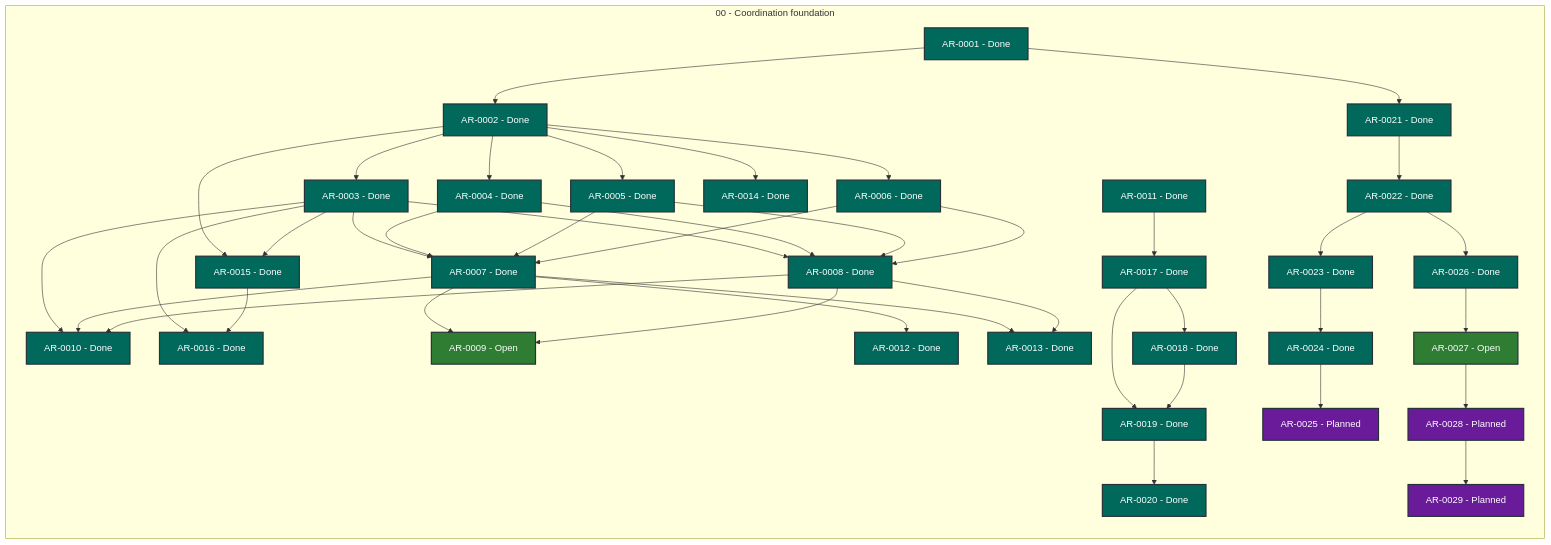
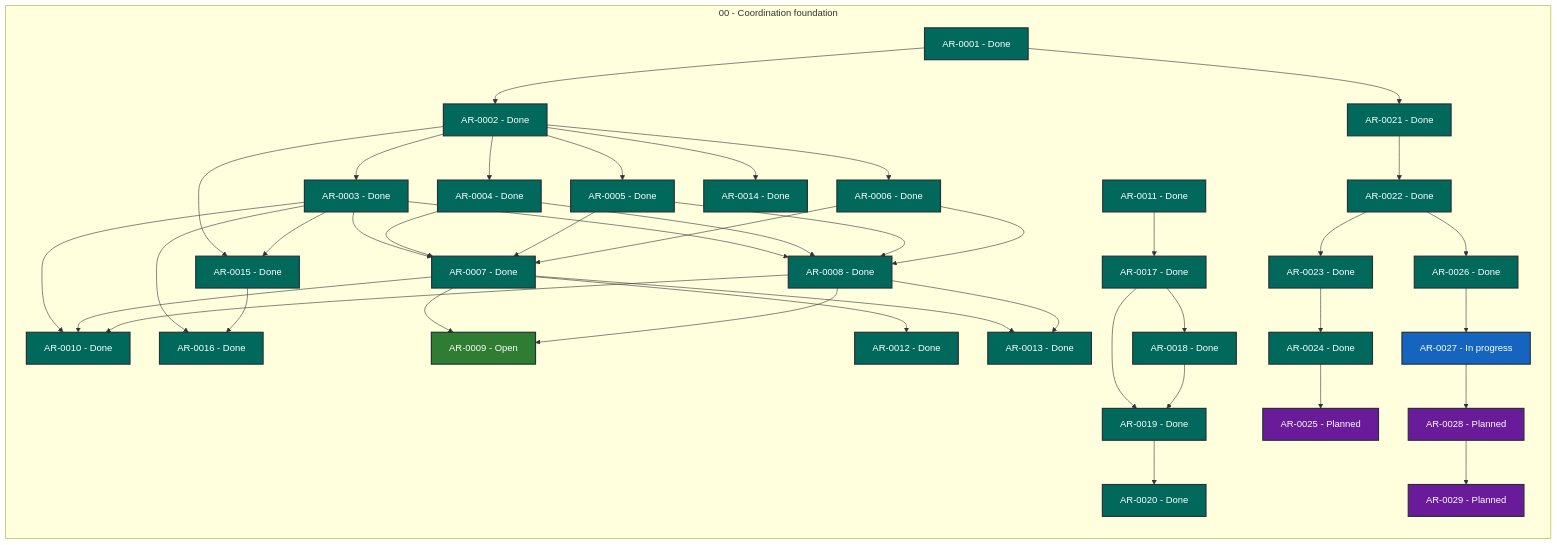
Before and after one commit to martin-beck/agent-workflow-coordinator-state: the diagram in STATUS.md, drawn with Mermaid. The commit also changed other lines of this file and 2 other files, not shown here.

```diff
--- a/STATUS.md
+++ b/STATUS.md
@@ -54,7 +54,7 @@
         AR_0024["AR-0024 - Done"]:::status_done
         AR_0025["AR-0025 - Planned"]:::status_planned
         AR_0026["AR-0026 - Done"]:::status_done
-        AR_0027["AR-0027 - Open"]:::status_open
+        AR_0027["AR-0027 - In progress"]:::status_in_progress
         AR_0028["AR-0028 - Planned"]:::status_planned
         AR_0029["AR-0029 - Planned"]:::status_planned
     end
```
